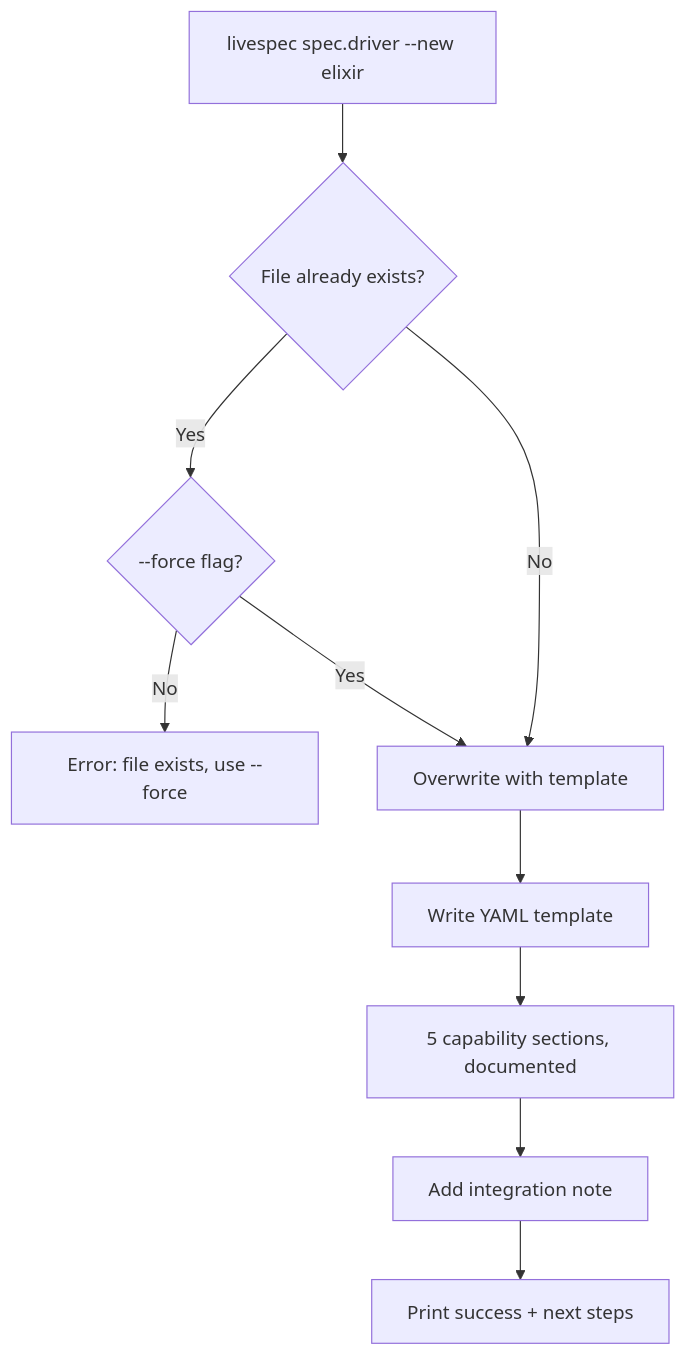
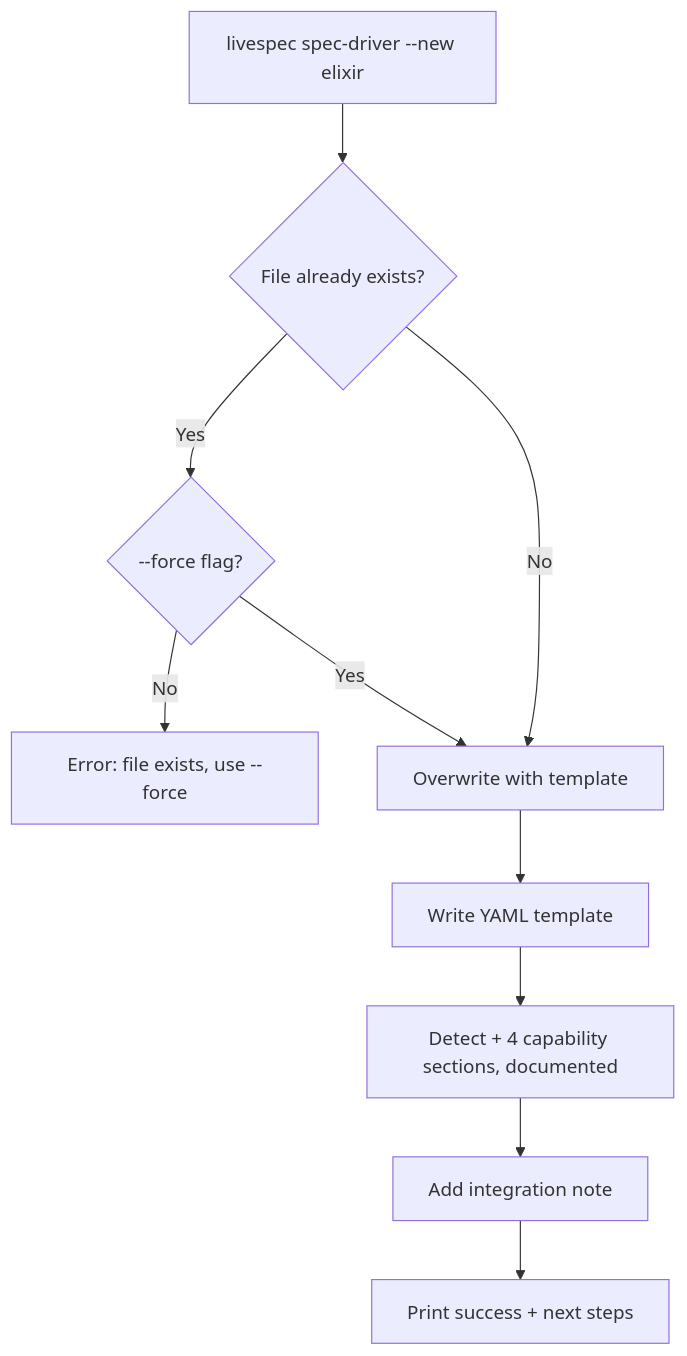
One commit to julien-m/livespec changed the fourth of 5 diagrams in .specs/features/016-cross-language-test-driver-architecture/spec.md. Above: the diagram before and after it, drawn with Mermaid. The commit also changed other lines of this file and 10 other files, not shown here.

````diff
--- a/.specs/features/016-cross-language-test-driver-architecture/spec.md
+++ b/.specs/features/016-cross-language-test-driver-architecture/spec.md
@@ -205,12 +205,12 @@
 ```mermaid
 flowchart TD
-    A[livespec spec.driver --new elixir] --> B{File already exists?}
+    A[livespec spec-driver --new elixir] --> B{File already exists?}
     B -- Yes --> C{--force flag?}
     C -- No --> D[Error: file exists, use --force]
     C -- Yes --> E[Overwrite with template]
     B -- No --> E
     E --> F[Write YAML template]
-    F --> G[5 capability sections, documented]
+    F --> G[Detect + 4 capability sections, documented]
     G --> H[Add integration note]
     H --> I[Print success + next steps]
 ```
````
